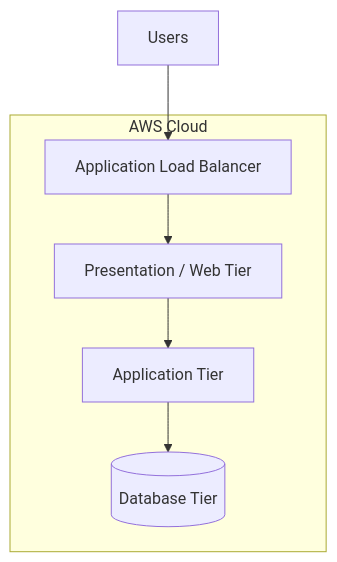
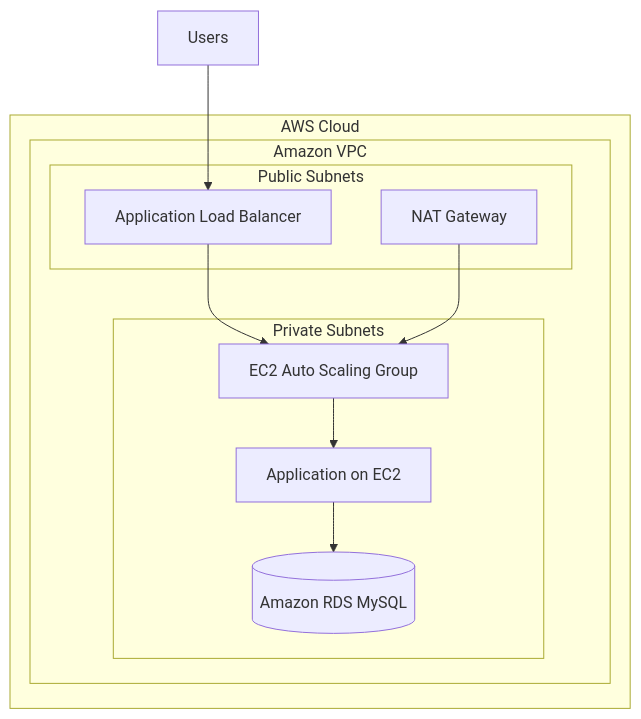
The diagram in README.md (KaleeswarG25/HA-3-Tier-AWS-Platform), drawn with Mermaid before and after one commit. The commit also changed other lines of this file and 4 other files, not shown here.

Commit message:
docs: improve project README and architecture overview

````diff
--- a/README.md
+++ b/README.md
@@ -12,14 +12,24 @@
 ```mermaid
 flowchart TD
     U[Users] --> ALB[Application Load Balancer]
-    ALB --> WEB[Presentation / Web Tier]
-    WEB --> APP[Application Tier]
-    APP --> DB[(Database Tier)]
 
     subgraph AWS[AWS Cloud]
-        ALB
-        WEB
-        APP
-        DB
+        subgraph VPC[Amazon VPC]
+            subgraph PUB[Public Subnets]
+                ALB
+                NAT[NAT Gateway]
+            end
+
+            subgraph PRIV[Private Subnets]
+                ASG[EC2 Auto Scaling Group]
+                APP[Application on EC2]
+                DB[(Amazon RDS MySQL)]
+            end
+
+            ALB --> ASG
+            ASG --> APP
+            APP --> DB
+            NAT --> ASG
+        end
     end
 ```
````
